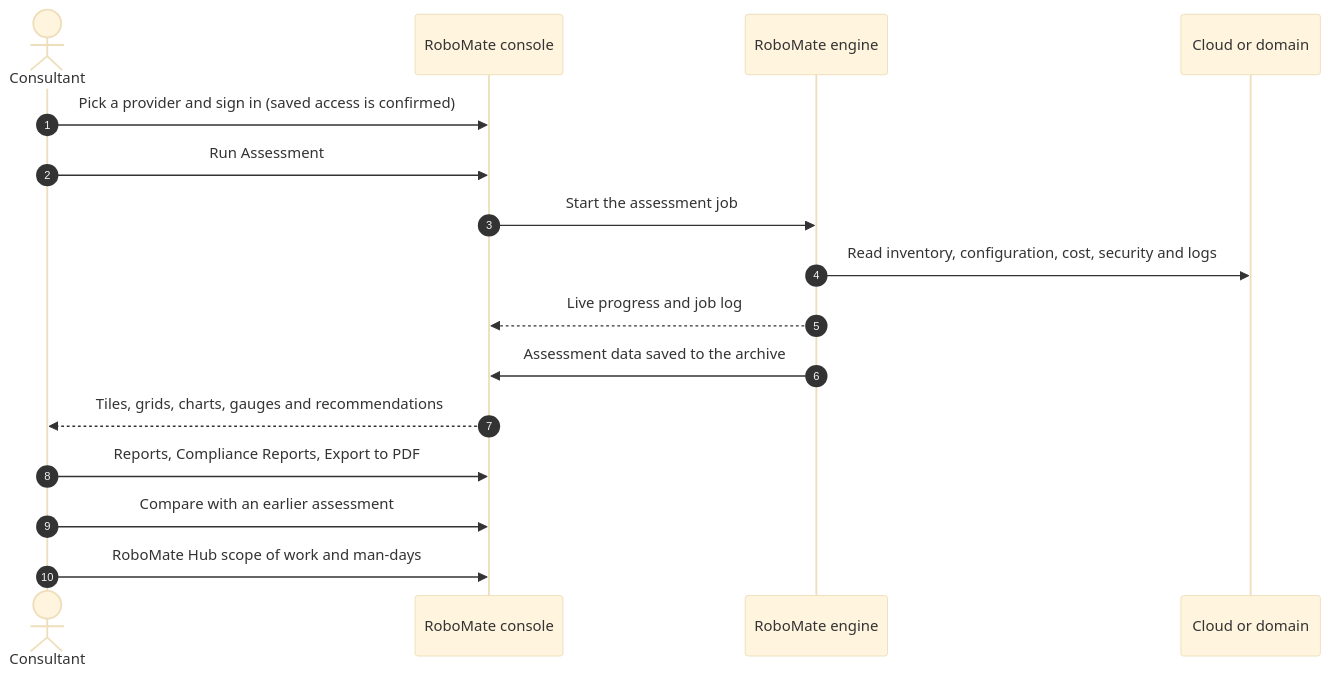
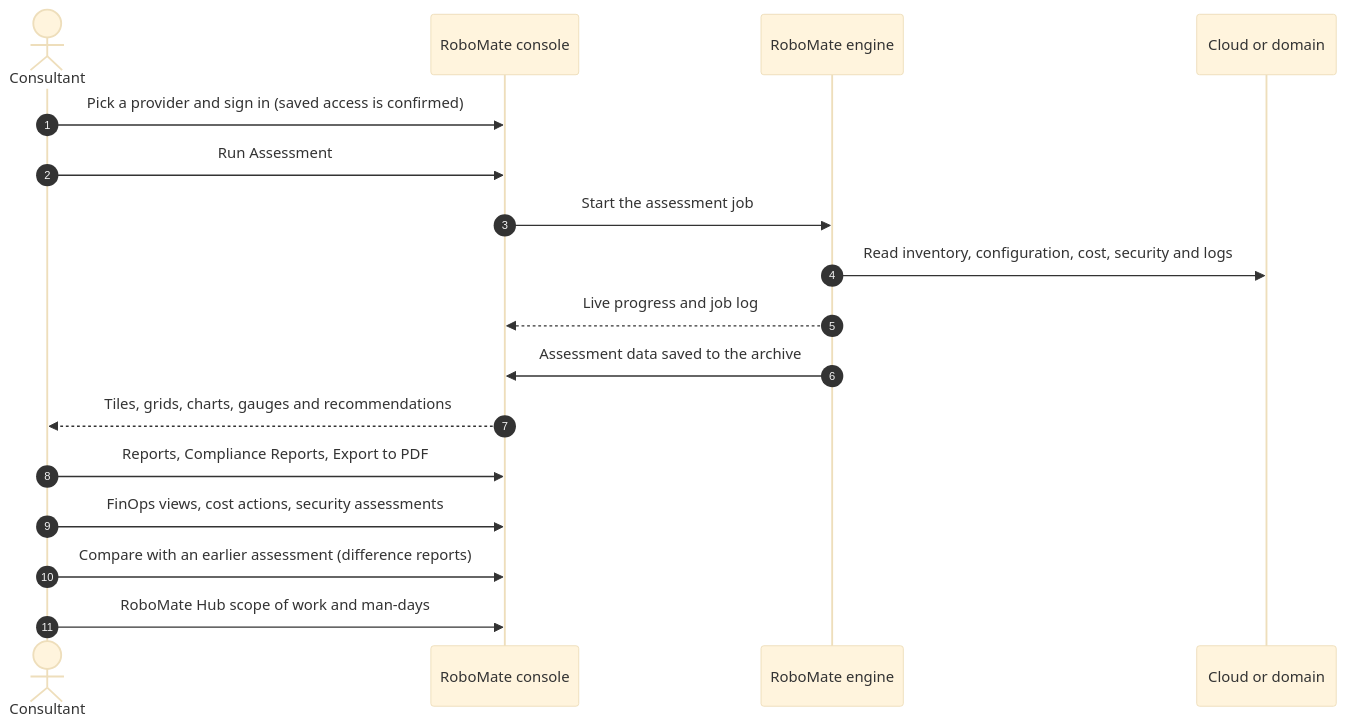
Before and after one commit to MarcoFekry/RoboMate-CloudAutomation: the fourth of 13 diagrams in README.md, drawn with Mermaid (base theme). The commit also changed other lines of this file, not shown here.

````diff
--- a/README.md
+++ b/README.md
@@ -301,18 +258,19 @@
 ```mermaid
 sequenceDiagram
     autonumber
     actor C as Consultant
     participant R as RoboMate console
     participant E as RoboMate engine
     participant T as Cloud or domain
     C->>R: Pick a provider and sign in (saved access is confirmed)
     C->>R: Run Assessment
     R->>E: Start the assessment job
     E->>T: Read inventory, configuration, cost, security and logs
     E-->>R: Live progress and job log
     E->>R: Assessment data saved to the archive
     R-->>C: Tiles, grids, charts, gauges and recommendations
     C->>R: Reports, Compliance Reports, Export to PDF
-    C->>R: Compare with an earlier assessment
+    C->>R: FinOps views, cost actions, security assessments
+    C->>R: Compare with an earlier assessment (difference reports)
     C->>R: RoboMate Hub scope of work and man-days
 ```
````
